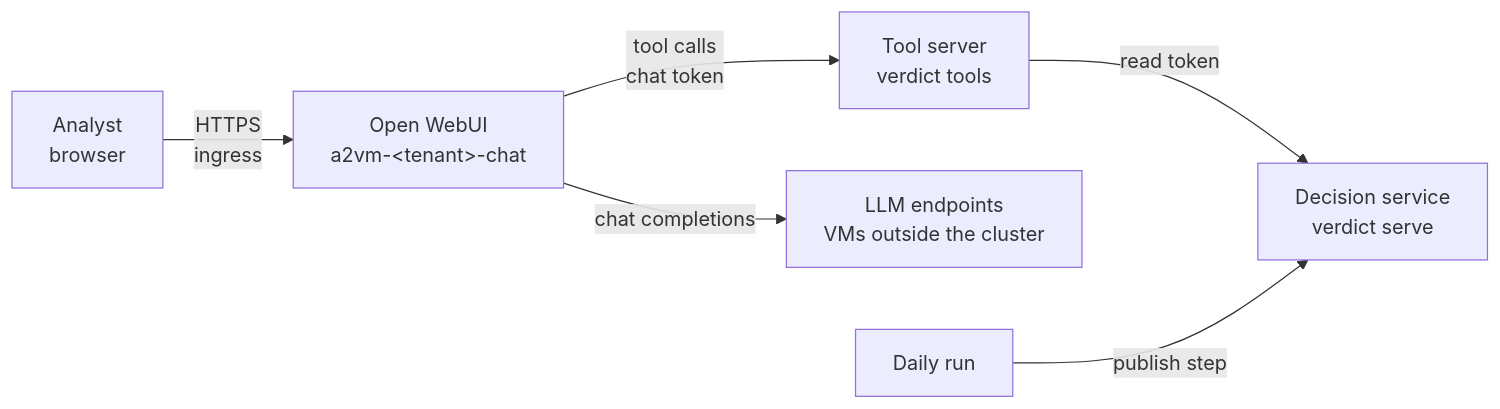
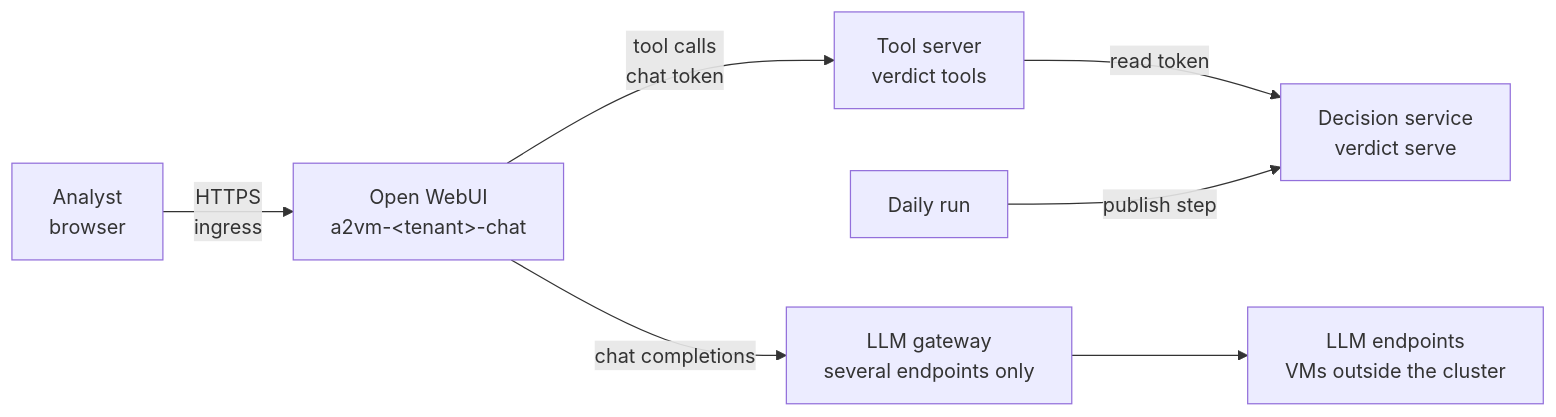
The diagram in docs/chat.md (sylf74/a2vm), drawn with Mermaid before and after one commit. The commit also changed other lines of this file and 9 other files, not shown here.

First line of the commit message:
0.15.0: LLM gateway for the chat, locking of Open WebUI in the LLD

````diff
--- a/docs/chat.md
+++ b/docs/chat.md
@@ -8,8 +8,9 @@
 ```mermaid
 flowchart LR
   analyst["Analyst<br/>browser"] -- "HTTPS<br/>ingress" --> chat["Open WebUI<br/>a2vm-&lt;tenant&gt;-chat"]
   chat -- "tool calls<br/>chat token" --> tools["Tool server<br/>verdict tools"]
   tools -- "read token" --> verdict["Decision service<br/>verdict serve"]
-  chat -- "chat completions" --> llm["LLM endpoints<br/>VMs outside the cluster"]
+  chat -- "chat completions" --> gw["LLM gateway<br/>several endpoints only"]
+  gw --> llm["LLM endpoints<br/>VMs outside the cluster"]
   daily["Daily run"] -- "publish step" --> verdict
 ```
````
